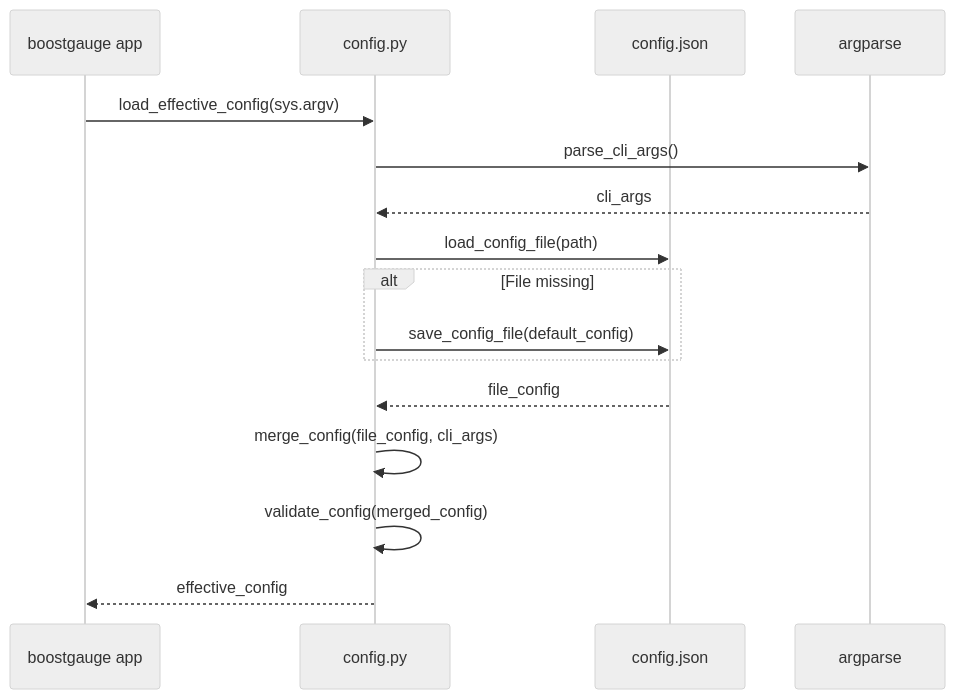
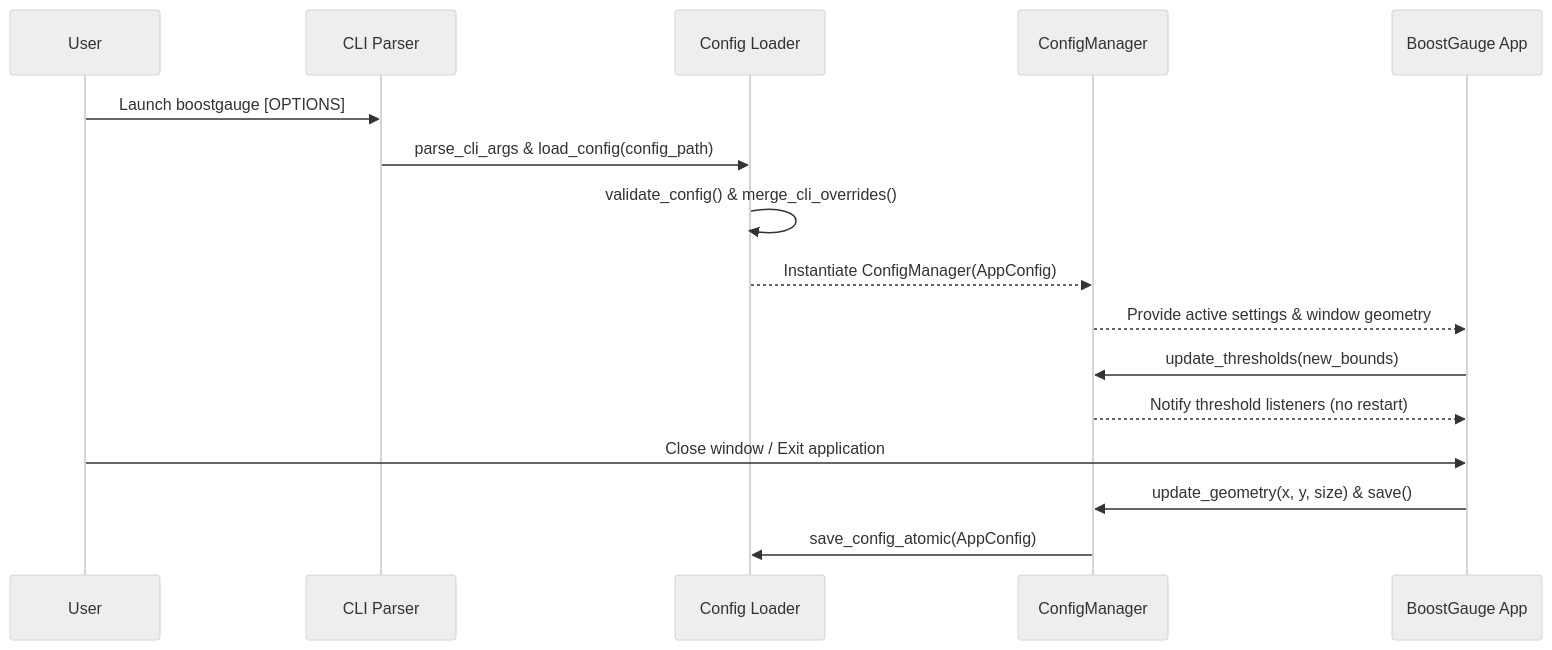
The diagram in docs/lld/active/LLD-007.md (martymcenroe/boostgauge), drawn with Mermaid (neutral theme) before and after one commit. The commit also changed other lines of this file, not shown here.

````diff
--- a/docs/lld/active/LLD-007.md
+++ b/docs/lld/active/LLD-007.md
@@ -228,19 +253,19 @@
 ```mermaid
 sequenceDiagram
-    participant App as boostgauge app
-    participant Config as config.py
-    participant File as config.json
-    participant CLI as argparse
+    participant User
+    participant CLI as CLI Parser
+    participant Loader as Config Loader
+    participant Manager as ConfigManager
+    participant App as BoostGauge App
 
-    App->>Config: load_effective_config(sys.argv)
-    Config->>CLI: parse_cli_args()
-    CLI-->>Config: cli_args
-    Config->>File: load_config_file(path)
-    alt File missing
-        Config->>File: save_config_file(default_config)
-    end
-    File-->>Config: file_config
-    Config->>Config: merge_config(file_config, cli_args)
-    Config->>Config: validate_config(merged_config)
-    Config-->>App: effective_config
+    User->>CLI: Launch boostgauge [OPTIONS]
+    CLI->>Loader: parse_cli_args & load_config(config_path)
+    Loader->>Loader: validate_config() & merge_cli_overrides()
+    Loader-->>Manager: Instantiate ConfigManager(AppConfig)
+    Manager-->>App: Provide active settings & window geometry
+    App->>Manager: update_thresholds(new_bounds)
+    Manager-->>App: Notify threshold listeners (no restart)
+    User->>App: Close window / Exit application
+    App->>Manager: update_geometry(x, y, size) & save()
+    Manager->>Loader: save_config_atomic(AppConfig)
 ```
````
